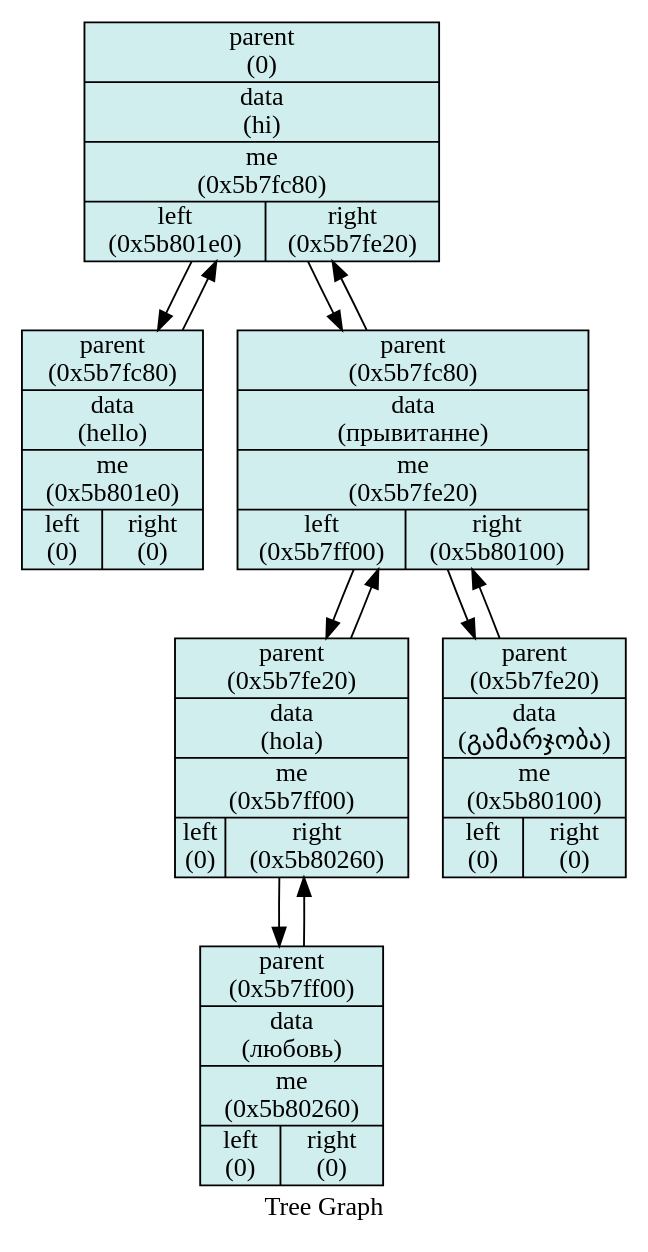
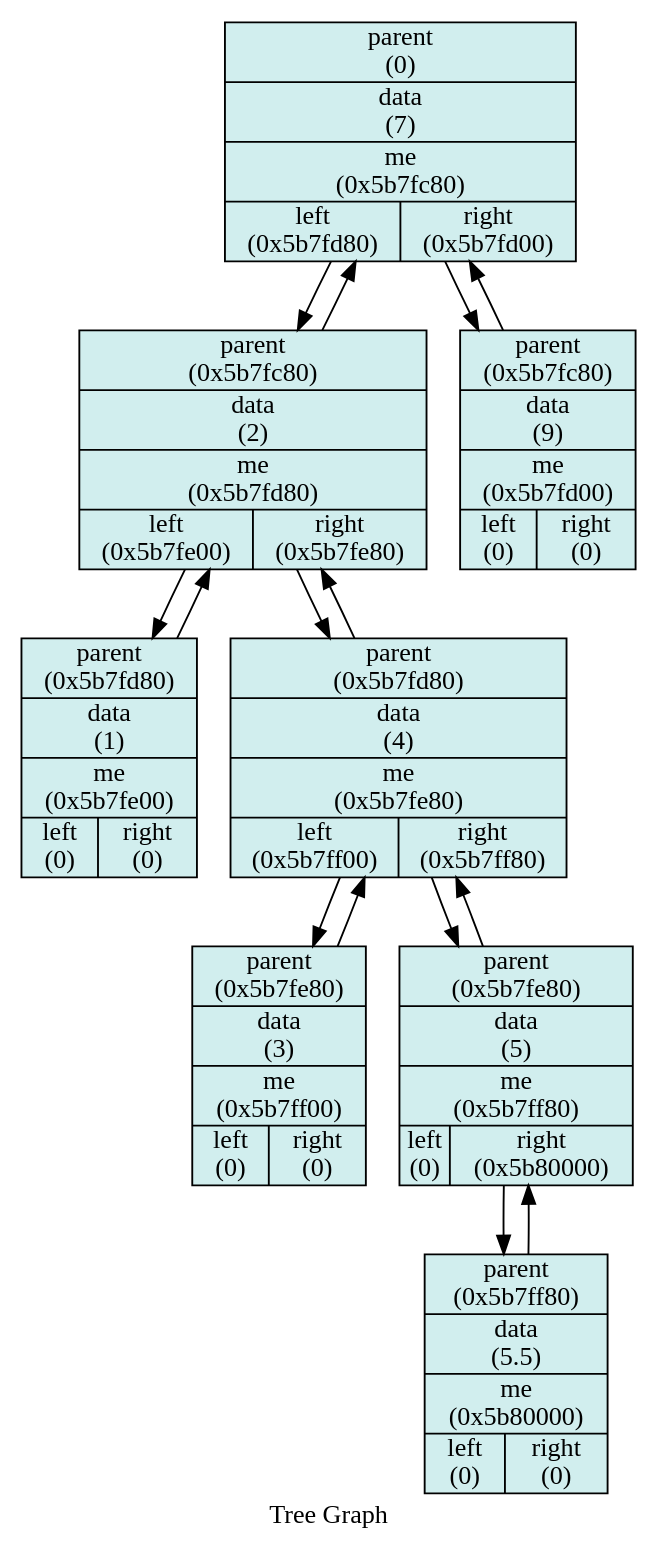
The diagram in 6_tree/txt/graph_tree_db.dot (StaVan28/iLab), drawn with Graphviz before and after one commit. The commit also changed 9 other files, not shown here.

```diff
--- a/6_tree/txt/graph_tree_db.dot
+++ b/6_tree/txt/graph_tree_db.dot
@@ -1,36 +1,46 @@
 digraph Tree {
 
 	node [shape = "circle", style = "filled", fillcolor = "red",fontcolor = "#000000", margin = "0.01"];
 	rankdir = "TB";
 
 	label = "Tree Graph";
 
-	"0x5b7fc80" [shape = "record", fillcolor="lightcyan2", label = "{ {parent\n (0) } |{data\n (hi) } |{me\n (0x5b7fc80) } |{left\n (0x5b801e0)   |right\n (0x5b7fe20) } }"];
-	"0x5b7fc80"->"0x5b801e0";
-	"0x5b7fc80"->"0x5b7fe20";
+	"0x5b7fc80" [shape = "record", fillcolor="lightcyan2", label = "{ {parent\n (0) } |{data\n (7) } |{me\n (0x5b7fc80) } |{left\n (0x5b7fd80)   |right\n (0x5b7fd00) } }"];
+	"0x5b7fc80"->"0x5b7fd80";
+	"0x5b7fc80"->"0x5b7fd00";
 
 
-	"0x5b7fe20" [shape = "record", fillcolor="lightcyan2", label = "{ {parent\n (0x5b7fc80) } |{data\n (прывитанне) } |{me\n (0x5b7fe20) } |{left\n (0x5b7ff00)   |right\n (0x5b80100) } }"];
-	"0x5b7fe20"->"0x5b7fc80";
-	"0x5b7fe20"->"0x5b7ff00";
-	"0x5b7fe20"->"0x5b80100";
+	"0x5b7fd00" [shape = "record", fillcolor="lightcyan2", label = "{ {parent\n (0x5b7fc80) } |{data\n (9) } |{me\n (0x5b7fd00) } |{left\n (0)   |right\n (0) } }"];
+	"0x5b7fd00"->"0x5b7fc80";
 
 
-	"0x5b80100" [shape = "record", fillcolor="lightcyan2", label = "{ {parent\n (0x5b7fe20) } |{data\n (გამარჯობა) } |{me\n (0x5b80100) } |{left\n (0)   |right\n (0) } }"];
-	"0x5b80100"->"0x5b7fe20";
+	"0x5b7fd80" [shape = "record", fillcolor="lightcyan2", label = "{ {parent\n (0x5b7fc80) } |{data\n (2) } |{me\n (0x5b7fd80) } |{left\n (0x5b7fe00)   |right\n (0x5b7fe80) } }"];
+	"0x5b7fd80"->"0x5b7fc80";
+	"0x5b7fd80"->"0x5b7fe00";
+	"0x5b7fd80"->"0x5b7fe80";
 
 
-	"0x5b7ff00" [shape = "record", fillcolor="lightcyan2", label = "{ {parent\n (0x5b7fe20) } |{data\n (hola) } |{me\n (0x5b7ff00) } |{left\n (0)   |right\n (0x5b80260) } }"];
-	"0x5b7ff00"->"0x5b7fe20";
-	"0x5b7ff00"->"0x5b80260";
+	"0x5b7fe80" [shape = "record", fillcolor="lightcyan2", label = "{ {parent\n (0x5b7fd80) } |{data\n (4) } |{me\n (0x5b7fe80) } |{left\n (0x5b7ff00)   |right\n (0x5b7ff80) } }"];
+	"0x5b7fe80"->"0x5b7fd80";
+	"0x5b7fe80"->"0x5b7ff00";
+	"0x5b7fe80"->"0x5b7ff80";
 
 
-	"0x5b80260" [shape = "record", fillcolor="lightcyan2", label = "{ {parent\n (0x5b7ff00) } |{data\n (любовь) } |{me\n (0x5b80260) } |{left\n (0)   |right\n (0) } }"];
-	"0x5b80260"->"0x5b7ff00";
+	"0x5b7ff80" [shape = "record", fillcolor="lightcyan2", label = "{ {parent\n (0x5b7fe80) } |{data\n (5) } |{me\n (0x5b7ff80) } |{left\n (0)   |right\n (0x5b80000) } }"];
+	"0x5b7ff80"->"0x5b7fe80";
+	"0x5b7ff80"->"0x5b80000";
 
 
-	"0x5b801e0" [shape = "record", fillcolor="lightcyan2", label = "{ {parent\n (0x5b7fc80) } |{data\n (hello) } |{me\n (0x5b801e0) } |{left\n (0)   |right\n (0) } }"];
-	"0x5b801e0"->"0x5b7fc80";
+	"0x5b80000" [shape = "record", fillcolor="lightcyan2", label = "{ {parent\n (0x5b7ff80) } |{data\n (5.5) } |{me\n (0x5b80000) } |{left\n (0)   |right\n (0) } }"];
+	"0x5b80000"->"0x5b7ff80";
+
+
+	"0x5b7ff00" [shape = "record", fillcolor="lightcyan2", label = "{ {parent\n (0x5b7fe80) } |{data\n (3) } |{me\n (0x5b7ff00) } |{left\n (0)   |right\n (0) } }"];
+	"0x5b7ff00"->"0x5b7fe80";
+
+
+	"0x5b7fe00" [shape = "record", fillcolor="lightcyan2", label = "{ {parent\n (0x5b7fd80) } |{data\n (1) } |{me\n (0x5b7fe00) } |{left\n (0)   |right\n (0) } }"];
+	"0x5b7fe00"->"0x5b7fd80";
 
 
 }
```
